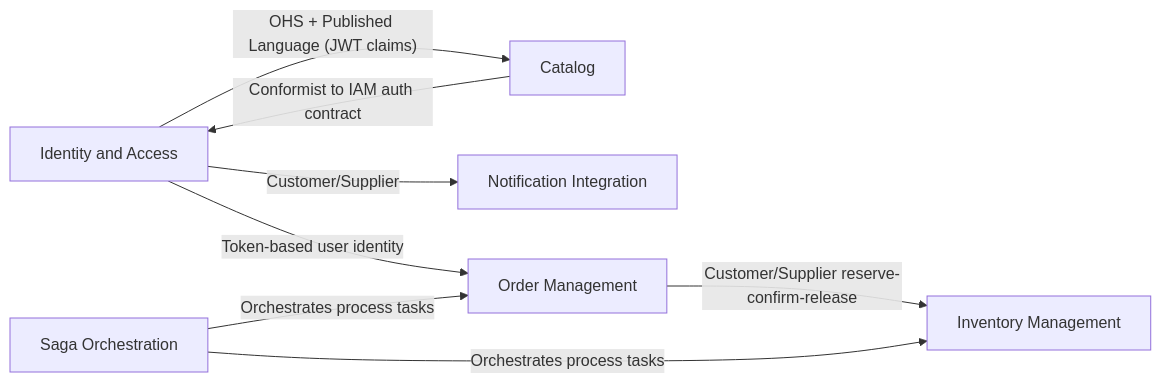
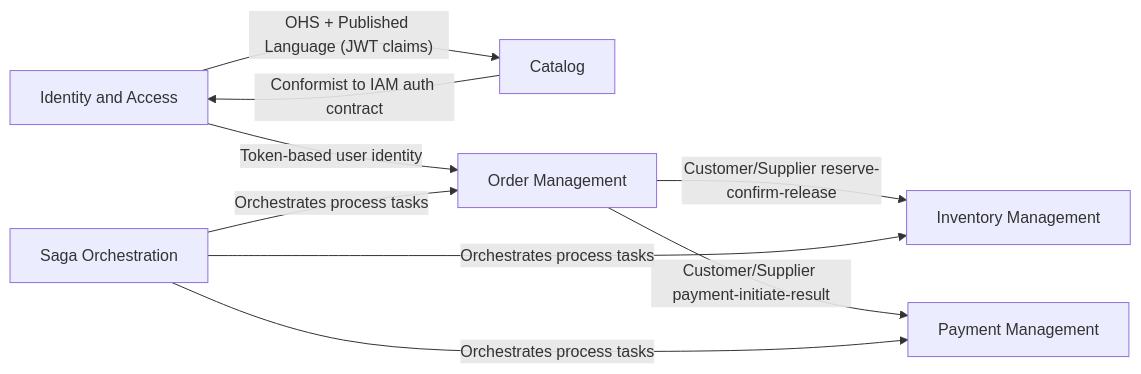
The second of 7 diagrams in analysis-and-design-ddd.md (baosatboiz/asd), drawn with Mermaid before and after one commit. The commit also changed other lines of this file, not shown here.

````diff
--- a/analysis-and-design-ddd.md
+++ b/analysis-and-design-ddd.md
@@ -191,10 +203,11 @@
 ```mermaid
 graph LR
     IAM[Identity and Access] -- "OHS + Published Language (JWT claims)" --> CATALOG[Catalog]
-    IAM -- "Customer/Supplier" --> NOTI[Notification Integration]
     CATALOG -- "Conformist to IAM auth contract" --> IAM
     IAM -- "Token-based user identity" --> ORDERCTX[Order Management]
     ORDERCTX -- "Customer/Supplier reserve-confirm-release" --> INV[Inventory Management]
+    ORDERCTX -- "Customer/Supplier payment-initiate-result" --> PAY[Payment Management]
     ORCH[Saga Orchestration] -- "Orchestrates process tasks" --> ORDERCTX
     ORCH -- "Orchestrates process tasks" --> INV
+    ORCH -- "Orchestrates process tasks" --> PAY
 ```
````
